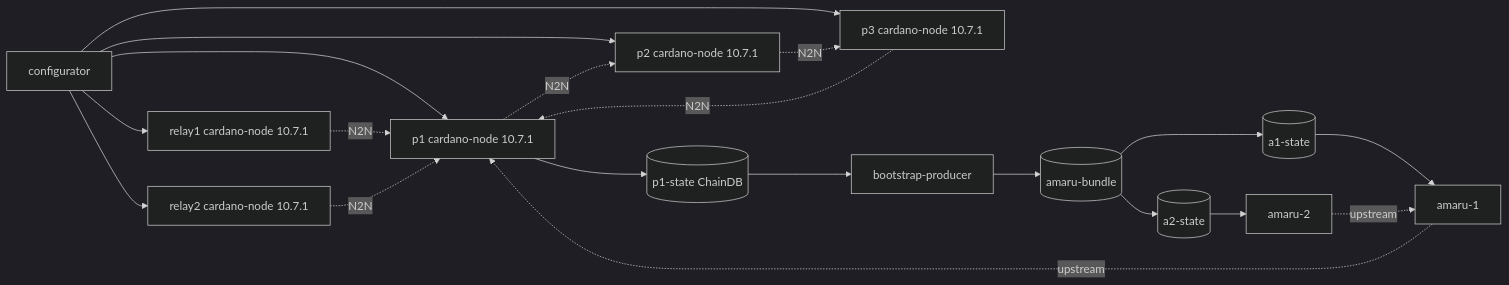
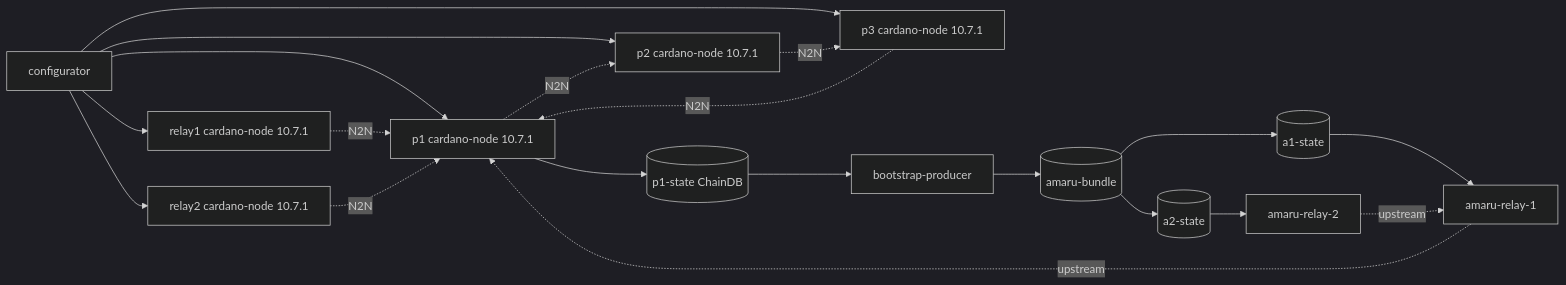
Before and after one commit to cardano-foundation/cardano-node-antithesis: the diagram in docs/testnets/cardano-amaru.md, drawn with Mermaid (dark theme). The commit also changed other lines of this file and 6 other files, not shown here.

Commit message:
docs: mark amaru nodes relay-only

````diff
--- a/docs/testnets/cardano-amaru.md
+++ b/docs/testnets/cardano-amaru.md
@@ -24,25 +39,25 @@
 ```mermaid
 flowchart LR
     configurator[configurator] --> p1[p1 cardano-node 10.7.1]
     configurator --> p2[p2 cardano-node 10.7.1]
     configurator --> p3[p3 cardano-node 10.7.1]
     configurator --> relay1[relay1 cardano-node 10.7.1]
     configurator --> relay2[relay2 cardano-node 10.7.1]
 
     p1 -.N2N.-> p2
     p2 -.N2N.-> p3
     p3 -.N2N.-> p1
     relay1 -.N2N.-> p1
     relay2 -.N2N.-> p1
 
     p1 --> chain[(p1-state ChainDB)]
     chain --> producer[bootstrap-producer]
     producer --> bundle[(amaru-bundle)]
     bundle --> a1[(a1-state)]
     bundle --> a2[(a2-state)]
-    a1 --> amaru1[amaru-1]
-    a2 --> amaru2[amaru-2]
+    a1 --> amaru1[amaru-relay-1]
+    a2 --> amaru2[amaru-relay-2]
 
     amaru1 -.upstream.-> p1
     amaru2 -.upstream.-> amaru1
 ```
````
